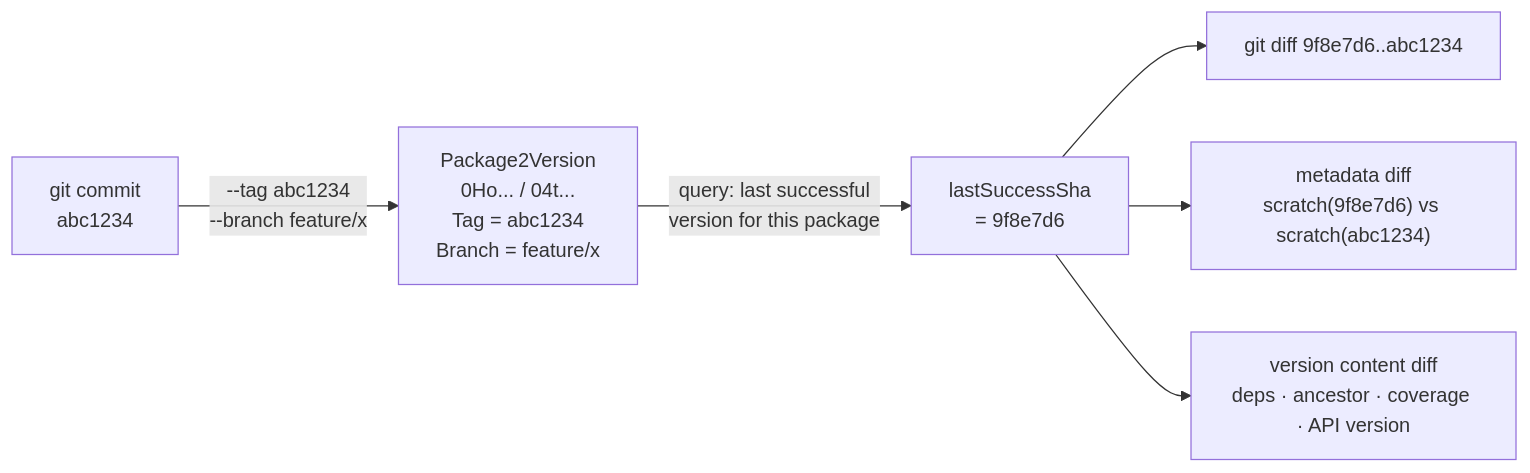
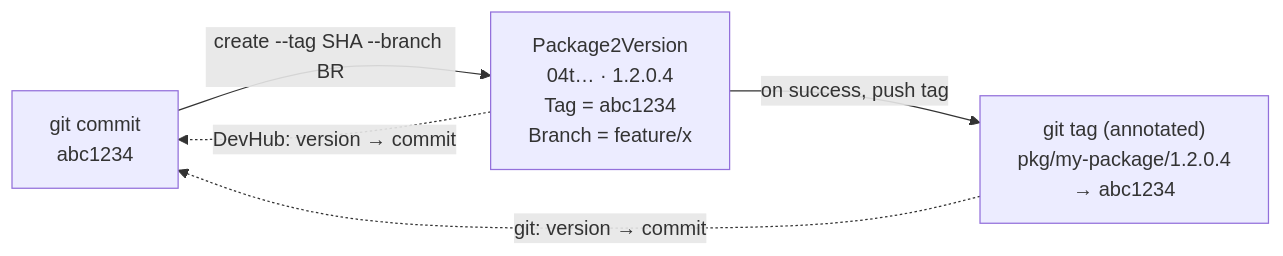
One commit to Gforce-Innovation-Kft/shared-github-actions changed the second of 10 diagrams in docs/superpowers/specs/2026-08-05-sf-selfheal-flow-design.md. Above: the diagram before and after it, drawn with Mermaid. The commit also changed other lines of this file and 1 other file, not shown here.

First line of the commit message:
Docs: bidirectional version correlation, derive workflow inputs

````diff
--- a/docs/superpowers/specs/2026-08-05-sf-selfheal-flow-design.md
+++ b/docs/superpowers/specs/2026-08-05-sf-selfheal-flow-design.md
@@ -62,8 +62,11 @@
 ```mermaid
 flowchart LR
-  C["git commit<br/>abc1234"] -->|"--tag abc1234<br/>--branch feature/x"| V["Package2Version<br/>0Ho... / 04t...<br/>Tag = abc1234<br/>Branch = feature/x"]
-  V -->|"query: last successful<br/>version for this package"| L["lastSuccessSha<br/>= 9f8e7d6"]
-  L --> D["git diff 9f8e7d6..abc1234"]
-  L --> M["metadata diff<br/>scratch(9f8e7d6) vs scratch(abc1234)"]
-  L --> P["version content diff<br/>deps · ancestor · coverage · API version"]
+  C["git commit<br/>abc1234"]
+  V["Package2Version<br/>04t… · 1.2.0.4<br/>Tag = abc1234<br/>Branch = feature/x"]
+  T["git tag (annotated)<br/>pkg/my-package/1.2.0.4<br/>→ abc1234"]
+
+  C -->|"create --tag SHA --branch BR"| V
+  V -->|"on success, push tag"| T
+  T -.->|"git: version → commit"| C
+  V -.->|"DevHub: version → commit"| C
 ```
````
